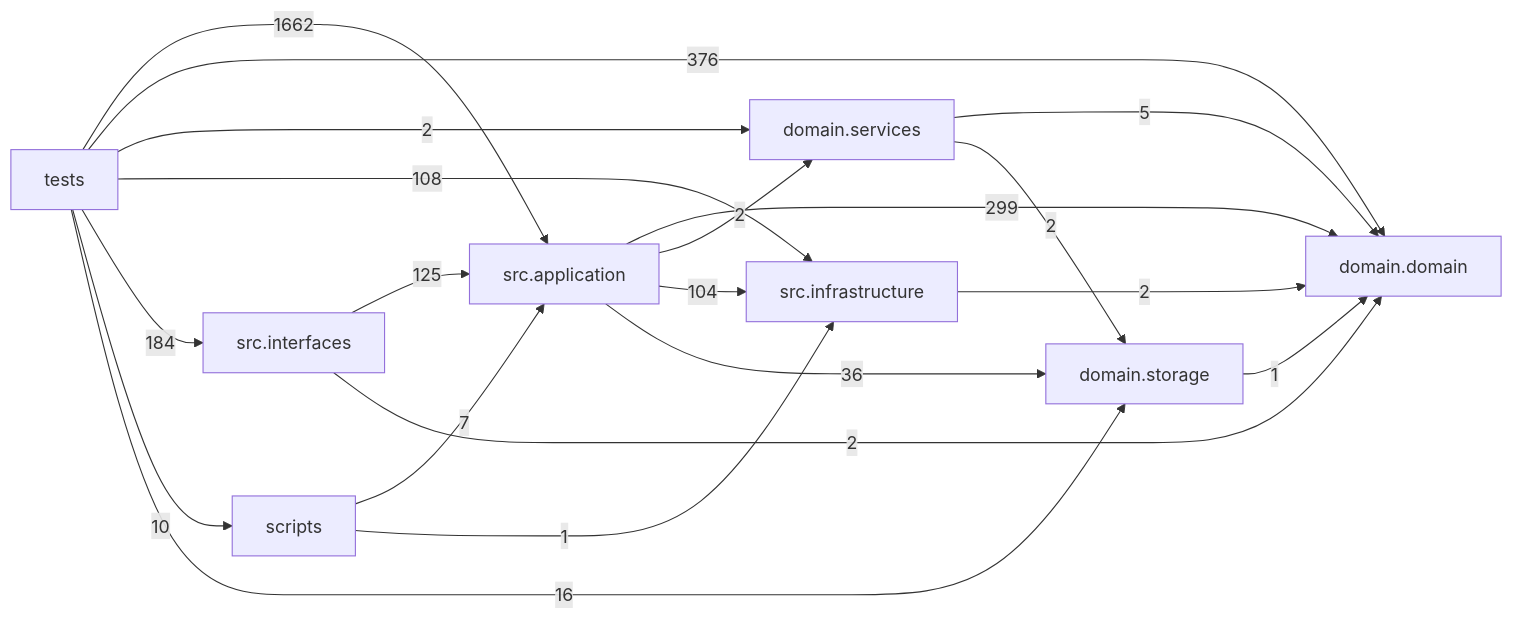
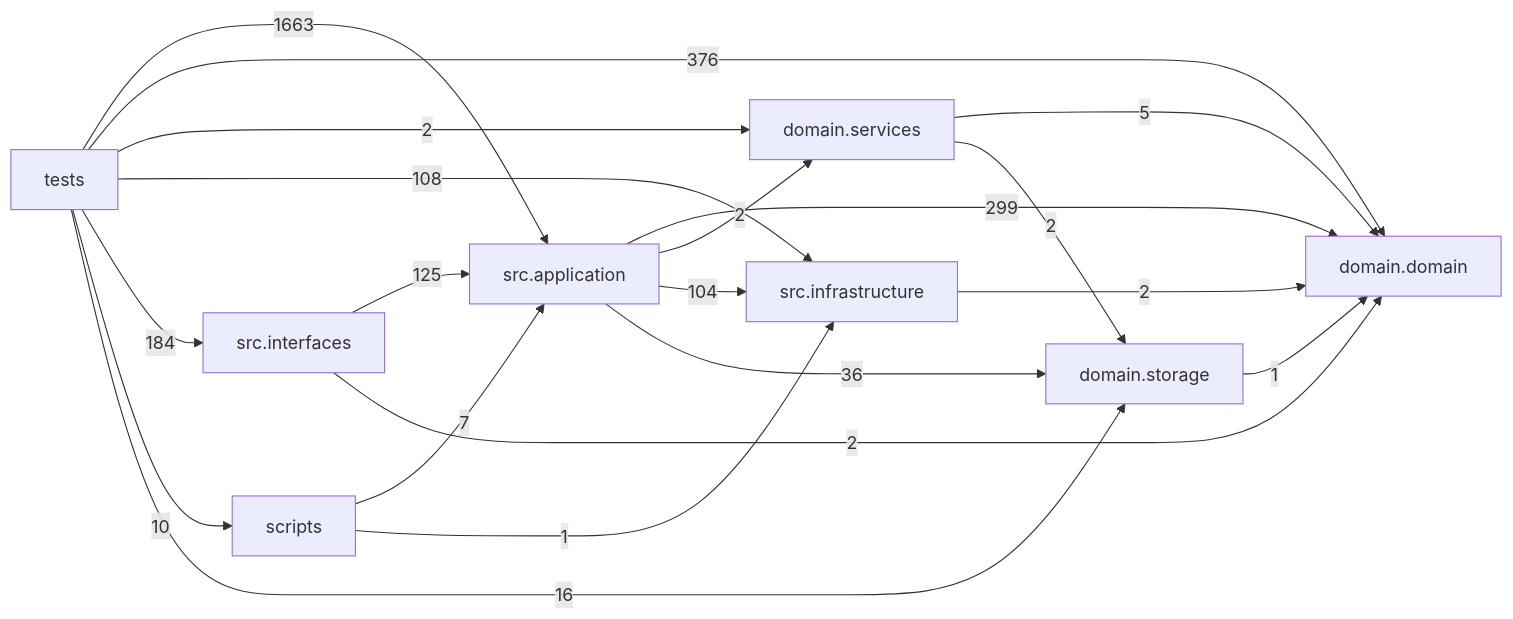
Before and after one commit to liuxie066/options-monitor: the diagram in docs/DEPENDENCY_GRAPH.md, drawn with Mermaid. The commit also changed other lines of this file and 2 other files, not shown here.

````diff
--- a/docs/DEPENDENCY_GRAPH.md
+++ b/docs/DEPENDENCY_GRAPH.md
@@ -24,30 +24,30 @@
 ```mermaid
 flowchart LR
   tests["tests"]
   scripts["scripts"]
   interfaces["src.interfaces"]
   application["src.application"]
   infrastructure["src.infrastructure"]
   domain_services["domain.services"]
   domain["domain.domain"]
   storage["domain.storage"]
   application -->|299| domain
   application -->|2| domain_services
   application -->|104| infrastructure
   application -->|36| storage
   domain_services -->|5| domain
   domain_services -->|2| storage
   infrastructure -->|2| domain
   interfaces -->|125| application
   interfaces -->|2| domain
   scripts -->|7| application
   scripts -->|1| infrastructure
   storage -->|1| domain
-  tests -->|1662| application
+  tests -->|1663| application
   tests -->|376| domain
   tests -->|2| domain_services
   tests -->|108| infrastructure
   tests -->|184| interfaces
   tests -->|10| scripts
   tests -->|16| storage
 ```
````
